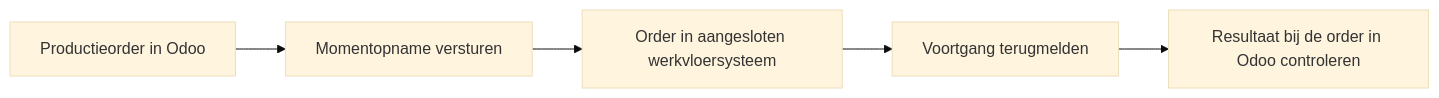
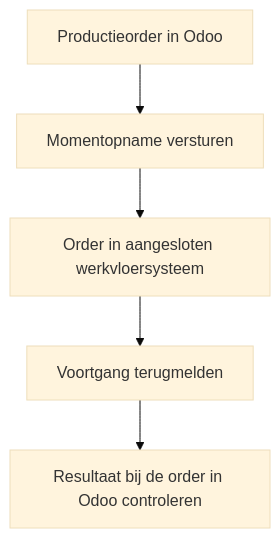
The diagram in nl/odoo-uns/workflow.mdx (SheetMetalConnect/smc-mintlify), drawn with Mermaid (base theme) before and after one commit. The commit also changed other lines of this file and 11 other files, not shown here.

````diff
--- a/nl/odoo-uns/workflow.mdx
+++ b/nl/odoo-uns/workflow.mdx
@@ -38,7 +38,7 @@
 ```mermaid
-flowchart LR
+flowchart TD
     O["Productieorder in Odoo"] --> S["Momentopname versturen"]
     S --> W["Order in aangesloten werkvloersysteem"]
     W --> T["Voortgang terugmelden"]
     T --> C["Resultaat bij de order in Odoo controleren"]
 ```
````
